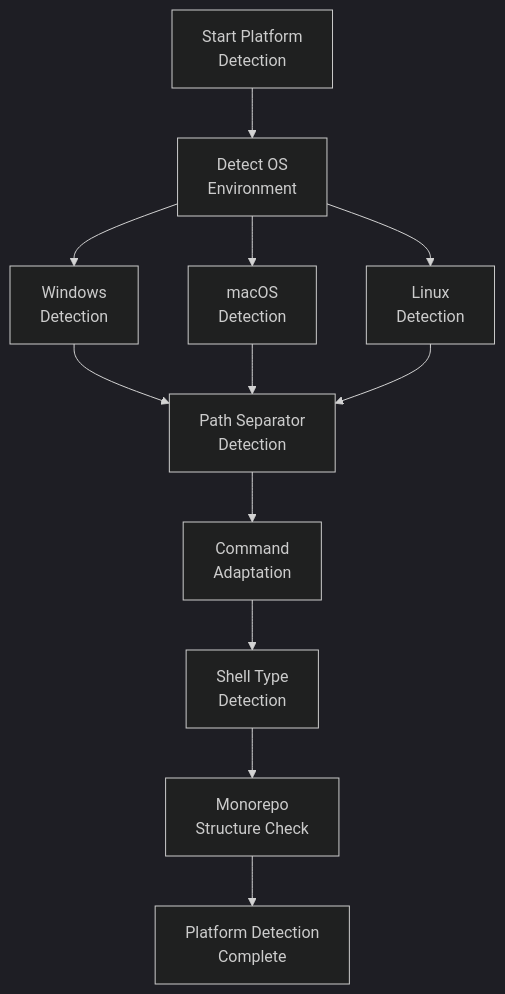
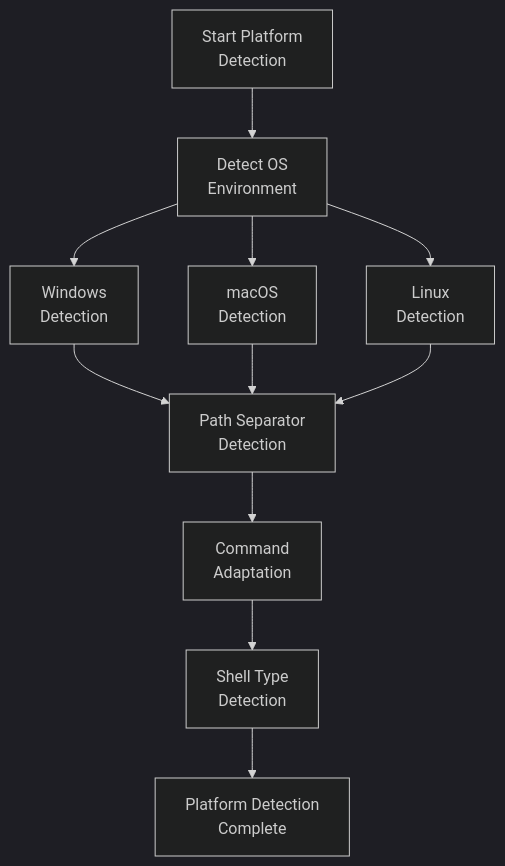
One commit to taddyorg/inkverse changed the first of 2 diagrams in .cursor/rules/isolation_rules/Core/platform-awareness.mdc. Above: the diagram before and after it, drawn with Mermaid (dark theme). The commit also changed other lines of this file and 19 other files, not shown here.

````diff
--- a/.cursor/rules/isolation_rules/Core/platform-awareness.mdc
+++ b/.cursor/rules/isolation_rules/Core/platform-awareness.mdc
@@ -12,13 +14,12 @@
 ```mermaid
 graph TD
     Start["Start Platform<br>Detection"] --> DetectOS["Detect OS<br>Environment"]
     DetectOS --> Windows["Windows<br>Detection"]
     DetectOS --> Mac["macOS<br>Detection"]
     DetectOS --> Linux["Linux<br>Detection"]
     
     Windows & Mac & Linux --> PathCheck["Path Separator<br>Detection"]
     PathCheck --> CmdAdapt["Command<br>Adaptation"]
     CmdAdapt --> ShellCheck["Shell Type<br>Detection"]
-    ShellCheck --> MonorepoCheck["Monorepo<br>Structure Check"]
-    MonorepoCheck --> Complete["Platform Detection<br>Complete"]
+    ShellCheck --> Complete["Platform Detection<br>Complete"]
 ```
````
